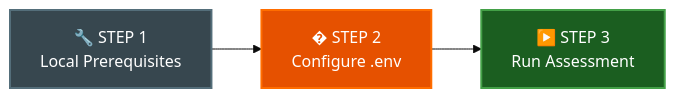
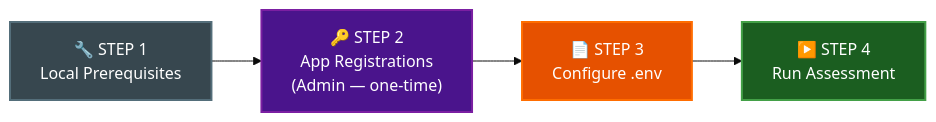
One commit to mironi-org/m365-copilot-automated-readiness-assessment changed the first of 3 diagrams in INTERACTIVE-AUTH-GUIDELINES.md. Above: the diagram before and after it, drawn with Mermaid (base theme). The commit also changed other lines of this file and 2 other files, not shown here.

Commit message:
feat: per-stream app registration model for interactive auth

````diff
--- a/INTERACTIVE-AUTH-GUIDELINES.md
+++ b/INTERACTIVE-AUTH-GUIDELINES.md
@@ -15,18 +15,21 @@
 ```mermaid
 flowchart LR
     %% Steps
     S1["🔧 STEP 1\nLocal Prerequisites"]
-    S2["� STEP 2\nConfigure .env"]
-    S3["▶️ STEP 3\nRun Assessment"]
+    S2["🔑 STEP 2\nApp Registrations\n(Admin — one-time)"]
+    S3["📄 STEP 3\nConfigure .env"]
+    S4["▶️ STEP 4\nRun Assessment"]
 
-    S1 --> S2 --> S3
+    S1 --> S2 --> S3 --> S4
 
     %% Styling
     classDef prereqStyle fill:#37474F,stroke:#546E7A,color:#FFF,stroke-width:2px
+    classDef appregStyle fill:#4A148C,stroke:#7B1FA2,color:#FFF,stroke-width:2px
     classDef envStyle fill:#E65100,stroke:#FF6D00,color:#FFF,stroke-width:2px
     classDef runStyle fill:#1B5E20,stroke:#43A047,color:#FFF,stroke-width:2px
 
     class S1 prereqStyle
-    class S2 envStyle
-    class S3 runStyle
+    class S2 appregStyle
+    class S3 envStyle
+    class S4 runStyle
 ```
````
